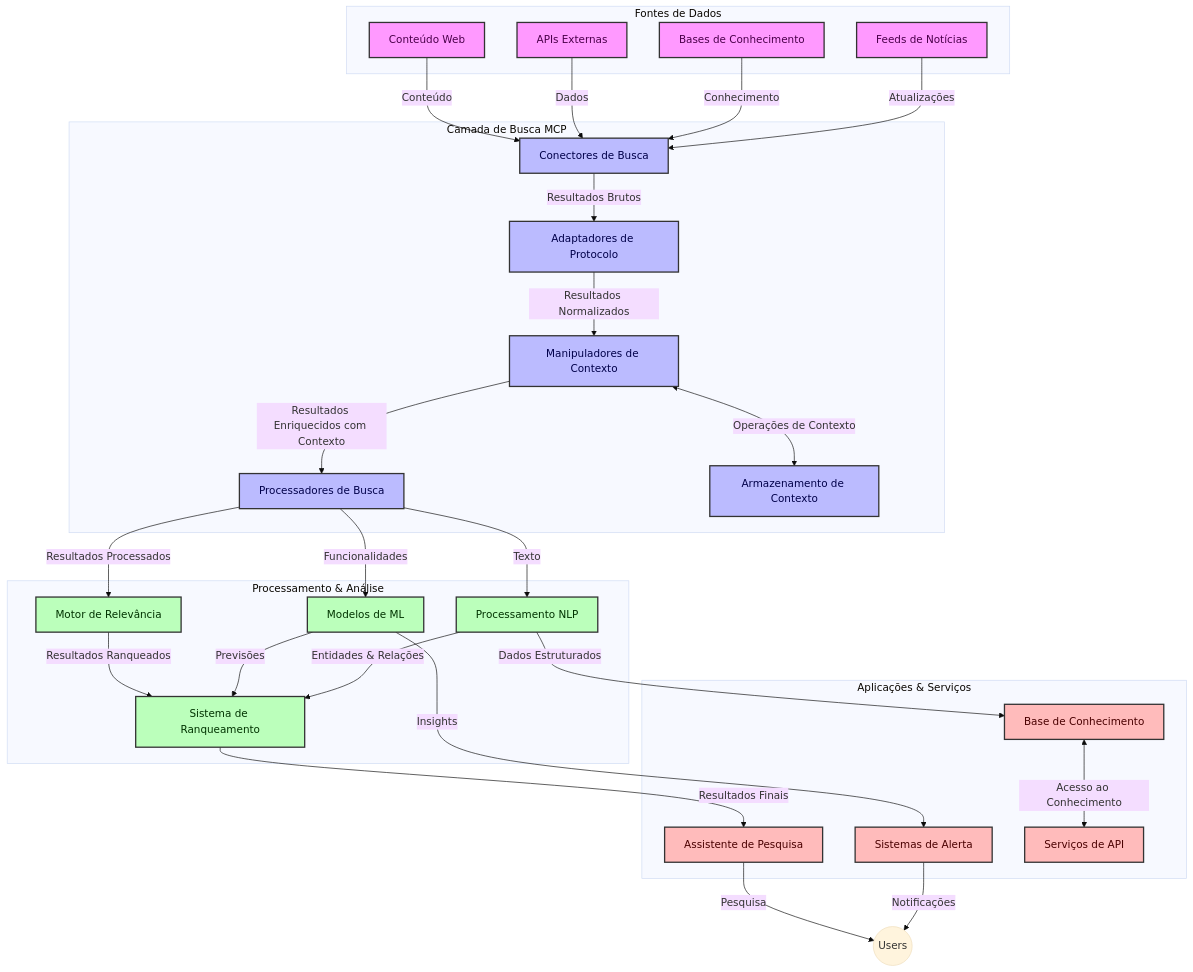
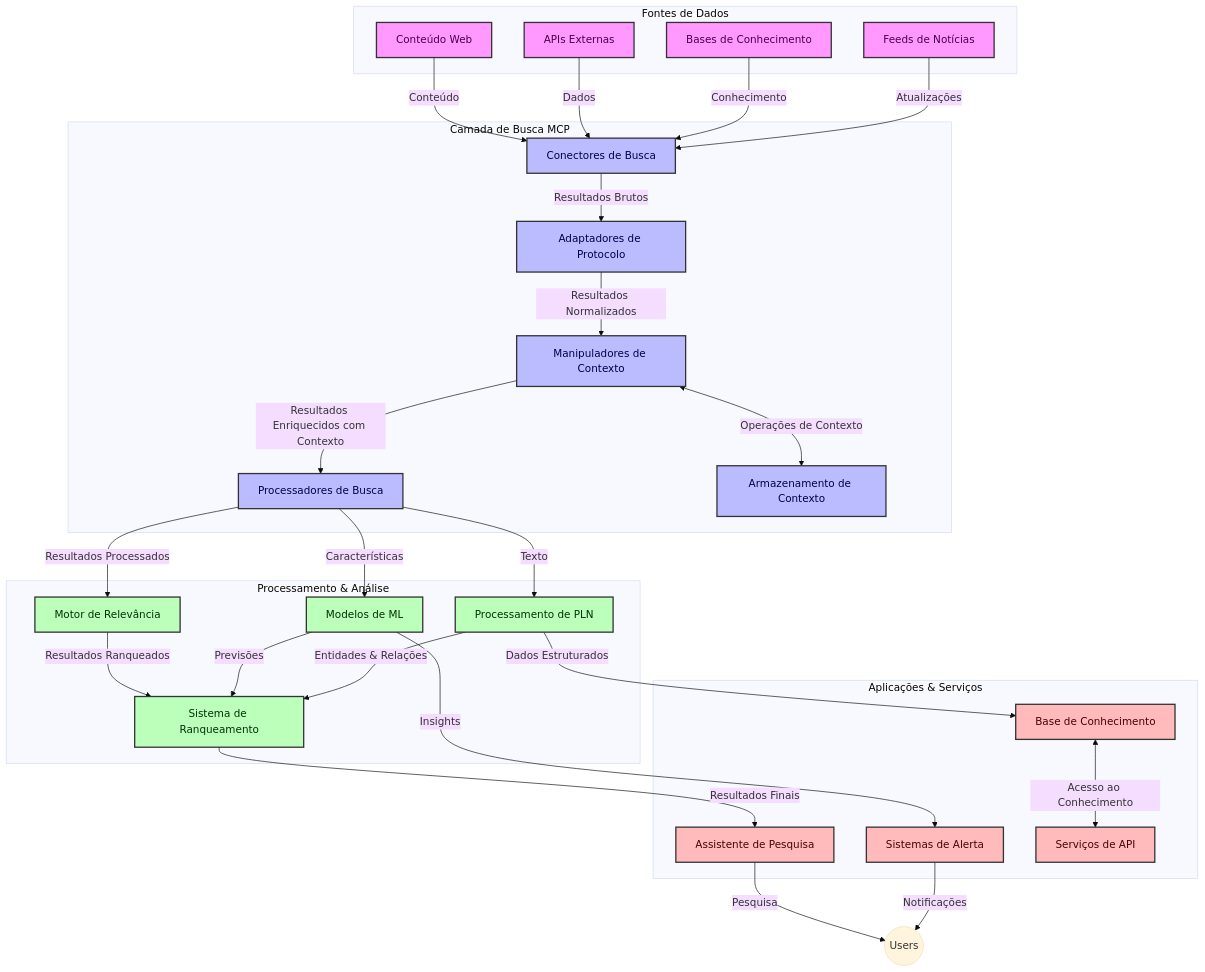
Before and after one commit to microsoft/mcp-for-beginners: the first of 4 diagrams in translations/pt-BR/05-AdvancedTopics/mcp-realtimesearch/README.md, drawn with Mermaid (base theme). The commit also changed other lines of this file and 129 other files, not shown here.

````diff
--- a/translations/pt-BR/05-AdvancedTopics/mcp-realtimesearch/README.md
+++ b/translations/pt-BR/05-AdvancedTopics/mcp-realtimesearch/README.md
@@ -109,66 +109,66 @@
 ```mermaid
 graph TD
     subgraph "Fontes de Dados"
         Web[Conteúdo Web]
         APIs[APIs Externas]
         DB[Bases de Conhecimento]
         News[Feeds de Notícias]
     end
 
     subgraph "Camada de Busca MCP"
         SC[Conectores de Busca]
         PA[Adaptadores de Protocolo]
         CH[Manipuladores de Contexto]
         SP[Processadores de Busca]
         CS[Armazenamento de Contexto]
     end
 
     subgraph "Processamento & Análise"
         RE[Motor de Relevância]
         ML[Modelos de ML]
-        NLP[Processamento NLP]
+        NLP[Processamento de PLN]
         Rank[Sistema de Ranqueamento]
     end
 
     subgraph "Aplicações & Serviços"
         RA[Assistente de Pesquisa]
         Alerts[Sistemas de Alerta]
         KB[Base de Conhecimento]
         API[Serviços de API]
     end
 
     Web -->|Conteúdo| SC
     APIs -->|Dados| SC
     DB -->|Conhecimento| SC
     News -->|Atualizações| SC
     
     SC -->|Resultados Brutos| PA
     PA -->|Resultados Normalizados| CH
     CH <-->|Operações de Contexto| CS
     CH -->|Resultados Enriquecidos com Contexto| SP
     SP -->|Resultados Processados| RE
-    SP -->|Funcionalidades| ML
+    SP -->|Características| ML
     SP -->|Texto| NLP
     
     RE -->|Resultados Ranqueados| Rank
     ML -->|Previsões| Rank
     NLP -->|Entidades & Relações| Rank
     
     Rank -->|Resultados Finais| RA
     ML -->|Insights| Alerts
     NLP -->|Dados Estruturados| KB
     
     RA -->|Pesquisa| Users((Users))
     Alerts -->|Notificações| Users
     KB <-->|Acesso ao Conhecimento| API
 
     classDef sources fill:#f9f,stroke:#333,stroke-width:2px,color:#4a004a
     classDef mcp fill:#bbf,stroke:#333,stroke-width:2px,color:#00004a
     classDef processing fill:#bfb,stroke:#333,stroke-width:2px,color:#003300
     classDef apps fill:#fbb,stroke:#333,stroke-width:2px,color:#4a0000
     
     class Web,APIs,DB,News sources
     class SC,PA,CH,SP,CS mcp
     class RE,ML,NLP,Rank processing
     class RA,Alerts,KB,API apps
 ```
````
